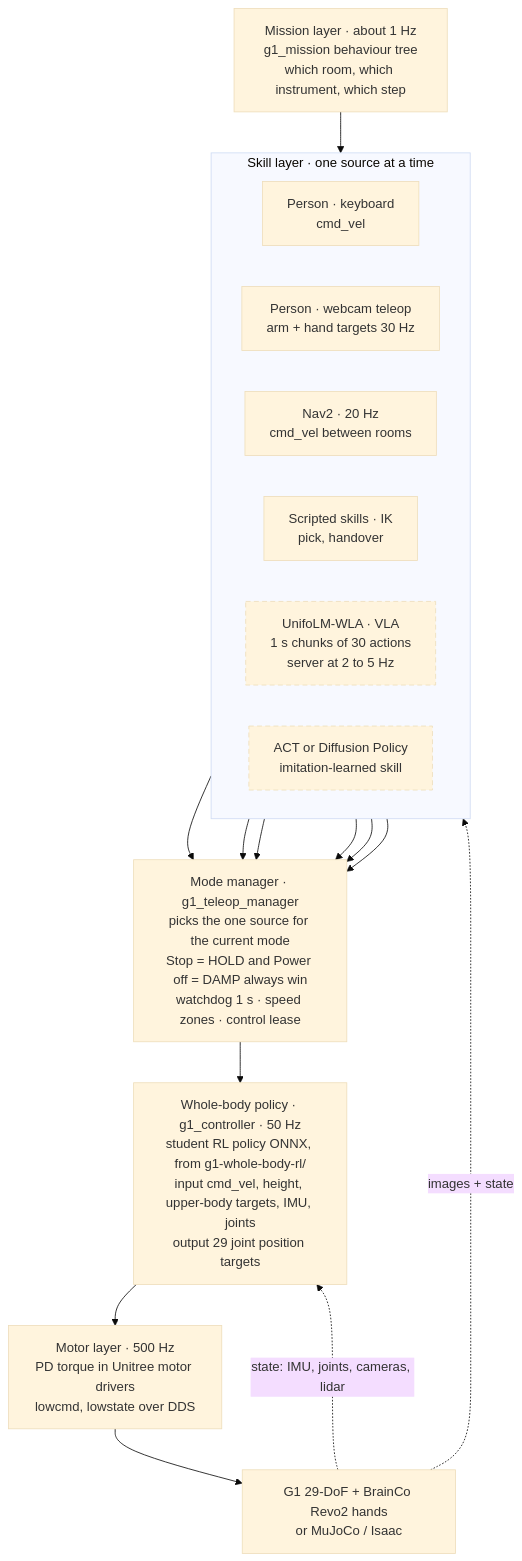
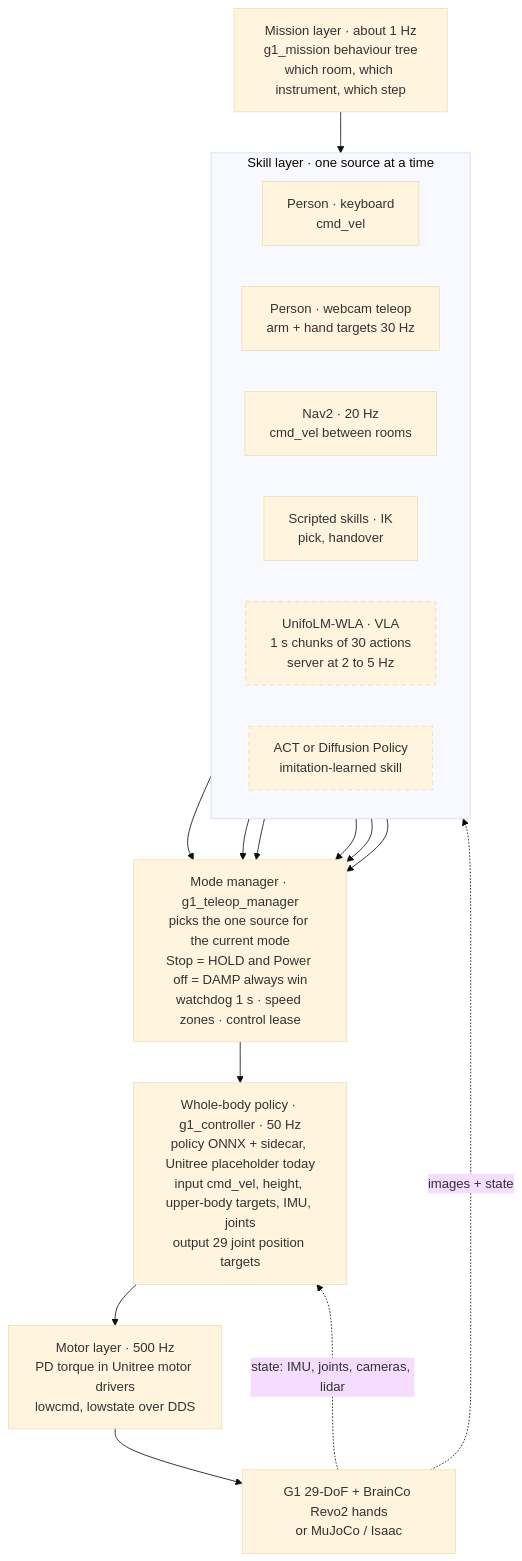
One commit to Bkrakshith/hospital-sim changed the second of 5 diagrams in docs/architecture.md. Above: the diagram before and after it, drawn with Mermaid (base theme). The commit also changed other lines of this file and 5 other files, not shown here.

First line of the commit message:
Retire g1-whole-body-rl: the walking G1 uses NVIDIA GEAR-SONIC

````diff
--- a/docs/architecture.md
+++ b/docs/architecture.md
@@ -118,32 +118,32 @@
 ```mermaid
 flowchart TB
   L5["Mission layer · about 1 Hz<br/>g1_mission behaviour tree<br/>which room, which instrument, which step"]
   subgraph L4["Skill layer · one source at a time"]
     direction LR
     H1["Person · keyboard<br/>cmd_vel"]
     H2["Person · webcam teleop<br/>arm + hand targets 30 Hz"]
     N1["Nav2 · 20 Hz<br/>cmd_vel between rooms"]
     S1["Scripted skills · IK<br/>pick, handover"]
     W1["UnifoLM-WLA · VLA<br/>1 s chunks of 30 actions<br/>server at 2 to 5 Hz"]:::planned
     A1["ACT or Diffusion Policy<br/>imitation-learned skill"]:::planned
   end
   L3["Mode manager · g1_teleop_manager<br/>picks the one source for the current mode<br/>Stop = HOLD and Power off = DAMP always win<br/>watchdog 1 s · speed zones · control lease"]
-  L2["Whole-body policy · g1_controller · 50 Hz<br/>student RL policy ONNX, from g1-whole-body-rl/<br/>input cmd_vel, height, upper-body targets, IMU, joints<br/>output 29 joint position targets"]
+  L2["Whole-body policy · g1_controller · 50 Hz<br/>policy ONNX + sidecar, Unitree placeholder today<br/>input cmd_vel, height, upper-body targets, IMU, joints<br/>output 29 joint position targets"]
   L1["Motor layer · 500 Hz<br/>PD torque in Unitree motor drivers<br/>lowcmd, lowstate over DDS"]
   L0["G1 29-DoF + BrainCo Revo2 hands<br/>or MuJoCo / Isaac"]
 
   L5 --> L4
   H1 --> L3
   H2 --> L3
   N1 --> L3
   S1 --> L3
   W1 --> L3
   A1 --> L3
   L3 --> L2
   L2 --> L1
   L1 --> L0
   L0 -. "state: IMU, joints, cameras, lidar" .-> L2
   L0 -. "images + state" .-> W1
 
   classDef planned stroke-dasharray: 6 4
 ```
````
